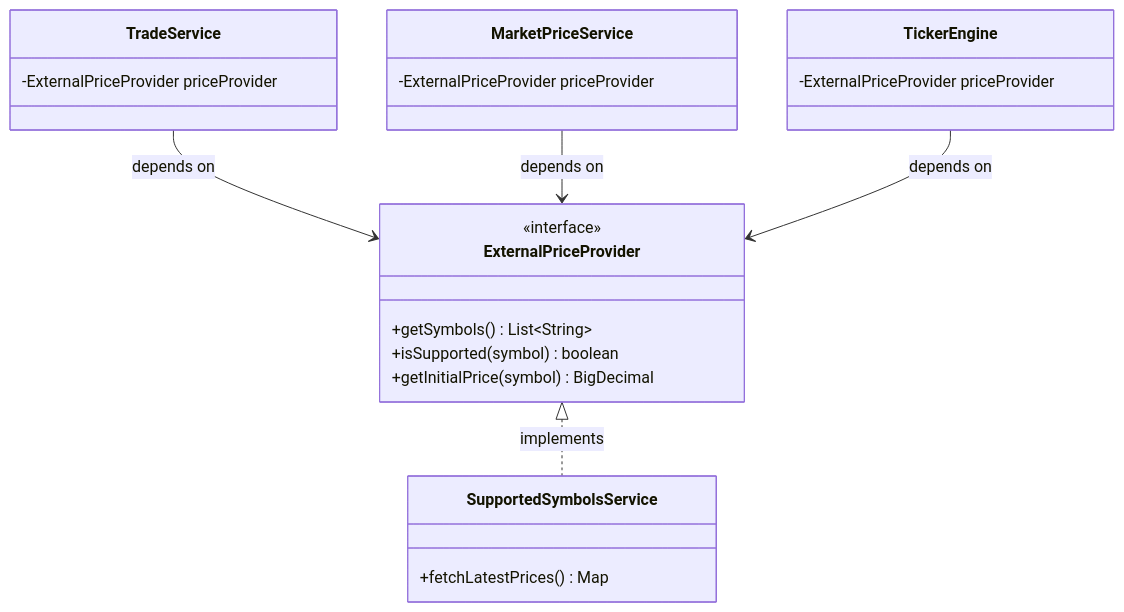
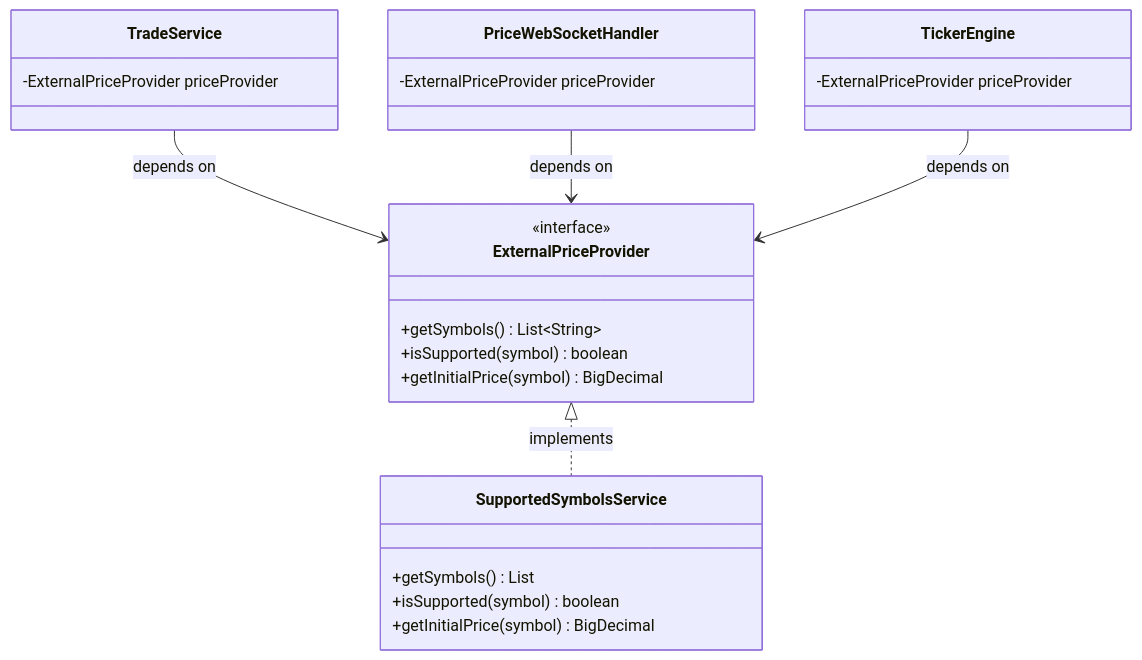
One commit to dkivrak/i2i-Systems-CryptFlow changed the second of 5 diagrams in technical_architecture.md. Above: the diagram before and after it, drawn with Mermaid. The commit also changed other lines of this file and 42 other files, not shown here.

````diff
--- a/technical_architecture.md
+++ b/technical_architecture.md
@@ -66,26 +67,28 @@
 ```mermaid
 classDiagram
     class ExternalPriceProvider {
         <<interface>>
         +getSymbols() List~String~
         +isSupported(symbol) boolean
         +getInitialPrice(symbol) BigDecimal
     }
     class SupportedSymbolsService {
-        +fetchLatestPrices() Map
+        +getSymbols() List
+        +isSupported(symbol) boolean
+        +getInitialPrice(symbol) BigDecimal
     }
     class TradeService {
         -ExternalPriceProvider priceProvider
     }
-    class MarketPriceService {
+    class PriceWebSocketHandler {
         -ExternalPriceProvider priceProvider
     }
     class TickerEngine {
         -ExternalPriceProvider priceProvider
     }
 
     ExternalPriceProvider <|.. SupportedSymbolsService : implements
     TradeService --> ExternalPriceProvider : depends on
-    MarketPriceService --> ExternalPriceProvider : depends on
+    PriceWebSocketHandler --> ExternalPriceProvider : depends on
     TickerEngine --> ExternalPriceProvider : depends on
 ```
````
